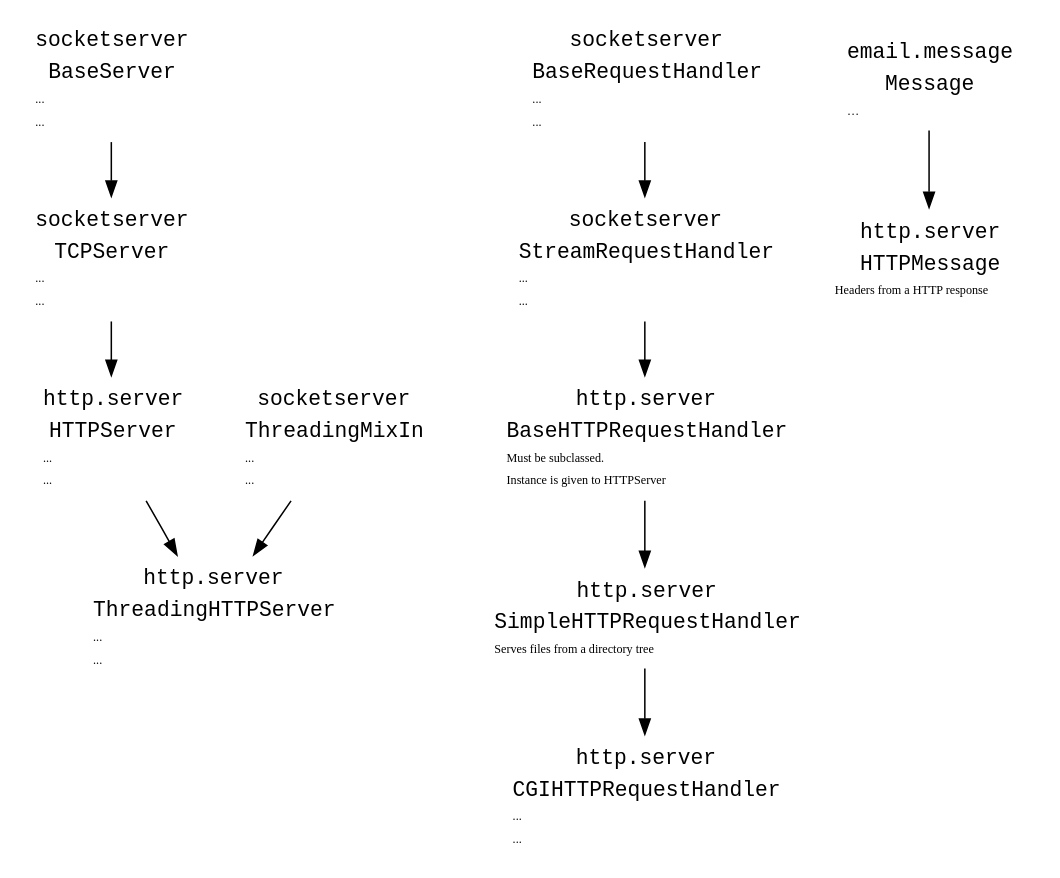
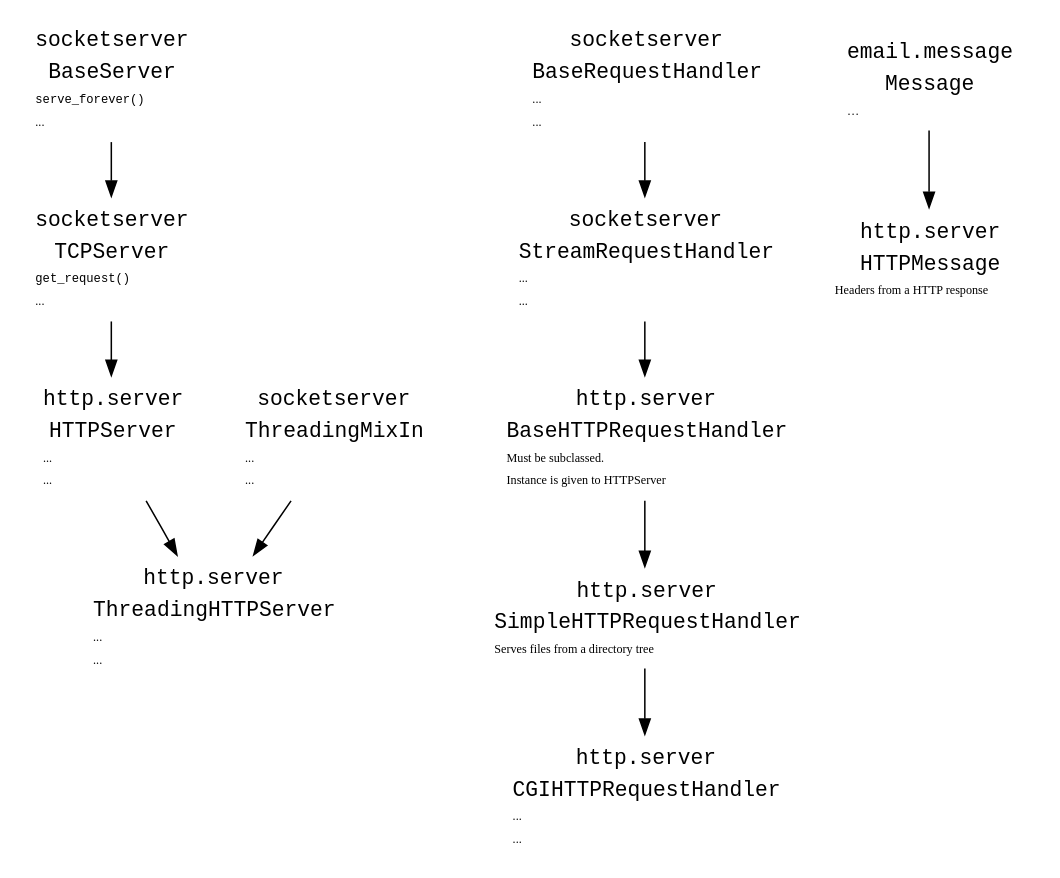
One commit to ReneNyffenegger/temp-Python changed the diagram in standard-library/http/server/hierarchy.dot. Above: the diagram before and after it, drawn with Graphviz.

```diff
--- a/standard-library/http/server/hierarchy.dot
+++ b/standard-library/http/server/hierarchy.dot
@@ -1,109 +1,109 @@
 // dot hierarchy.dot -T pdf -o hierarchy.pdf
 
 digraph {
 
   node [shape=none]
 
 
   socketserver_BaseServer [ label=< <table border="0">
     <tr><td><font face="courier">socketserver</font></td></tr>
     <tr><td><font face="courier">BaseServer</font></td></tr>
-    <tr><td align="left"><font point-size="8">...</font></td></tr>
+    <tr><td align="left"><font point-size="8" face="courier">serve_forever()</font></td></tr>
     <tr><td align="left"><font point-size="8">...</font></td></tr>
   </table> > ]
 
   socketserver_TCPServer [ label=< <table border="0">
     <tr><td><font face="courier">socketserver</font></td></tr>
     <tr><td><font face="courier">TCPServer</font></td></tr>
-    <tr><td align="left"><font point-size="8">...</font></td></tr>
+    <tr><td align="left"><font point-size="8" face="courier">get_request()</font></td></tr>
     <tr><td align="left"><font point-size="8">...</font></td></tr>
   </table> > ]
 
 
   socketserver_ThreadingMixIn [ label=< <table border="0">
     <tr><td><font face="courier">socketserver</font></td></tr>
     <tr><td><font face="courier">ThreadingMixIn</font></td></tr>
     <tr><td align="left"><font point-size="8">...</font></td></tr>
     <tr><td align="left"><font point-size="8">...</font></td></tr>
   </table> > ]
 
 
   socketserver_BaseRequestHandler[ label=< <table border="0">
     <tr><td><font face="courier">socketserver</font></td></tr>
     <tr><td><font face="courier">BaseRequestHandler</font></td></tr>
     <tr><td align="left"><font point-size="8">...</font></td></tr>
     <tr><td align="left"><font point-size="8">...</font></td></tr>
   </table> > ]
 
   socketserver_StreamRequestHandler[ label=< <table border="0">
     <tr><td><font face="courier">socketserver</font></td></tr>
     <tr><td><font face="courier">StreamRequestHandler</font></td></tr>
     <tr><td align="left"><font point-size="8">...</font></td></tr>
     <tr><td align="left"><font point-size="8">...</font></td></tr>
   </table> > ]
 
   HTTPServer [ label=< <table border="0">
     <tr><td><font face="courier">http.server</font></td></tr>
     <tr><td><font face="courier">HTTPServer</font></td></tr>
     <tr><td align="left"><font point-size="8">...</font></td></tr>
     <tr><td align="left"><font point-size="8">...</font></td></tr>
   </table> > ]
 
 //ThreadingHTTPServer [ label=< <font face="Courier">ThreadingHTTPServer</font> >]
 
   ThreadingHTTPServer [ label=< <table border="0">
     <tr><td><font face="courier">http.server</font></td></tr>
     <tr><td><font face="courier">ThreadingHTTPServer</font></td></tr>
     <tr><td align="left"><font point-size="8">...</font></td></tr>
     <tr><td align="left"><font point-size="8">...</font></td></tr>
   </table> > ]
 
   BaseHTTPRequestHandler [ label=< <table border="0">
     <tr><td><font face="courier">http.server</font></td></tr>
     <tr><td><font face="courier">BaseHTTPRequestHandler</font></td></tr>
     <tr><td align="left"><font point-size="8">Must be subclassed.</font></td></tr>
     <tr><td align="left"><font point-size="8">Instance is given to HTTPServer</font></td></tr>
   </table> > ]
 
 
   SimpleHTTPRequestHandler [ label=< <table border="0">
     <tr><td><font face="courier">http.server</font></td></tr>
     <tr><td><font face="courier">SimpleHTTPRequestHandler</font></td></tr>
     <tr><td align="left"><font point-size="8">Serves files from a directory tree</font></td></tr>
   </table> > ]
 
 
   email_message_Message [ label=< <table border="0">
     <tr><td><font face="courier">email.message</font></td></tr>
     <tr><td><font face="courier">Message</font></td></tr>
     <tr><td align="left"><font point-size="8">…</font></td></tr>
   </table> > ]
 
   HTTPMessage [ label=< <table border="0">
     <tr><td><font face="courier">http.server</font></td></tr>
     <tr><td><font face="courier">HTTPMessage</font></td></tr>
     <tr><td align="left"><font point-size="8">Headers from a HTTP response</font></td></tr>
   </table> > ]
 
   CGIHTTPRequestHandler[ label=< <table border="0">
     <tr><td><font face="courier">http.server</font></td></tr>
     <tr><td><font face="courier">CGIHTTPRequestHandler</font></td></tr>
     <tr><td align="left"><font point-size="8">...</font></td></tr>
     <tr><td align="left"><font point-size="8">...</font></td></tr>
   </table> > ]
 
   
   socketserver_BaseServer -> socketserver_TCPServer
 
   socketserver_TCPServer -> HTTPServer
   socketserver_ThreadingMixIn -> ThreadingHTTPServer
   socketserver_BaseRequestHandler -> socketserver_StreamRequestHandler
   socketserver_StreamRequestHandler -> BaseHTTPRequestHandler
   HTTPServer -> ThreadingHTTPServer
 
   BaseHTTPRequestHandler -> SimpleHTTPRequestHandler
   SimpleHTTPRequestHandler -> CGIHTTPRequestHandler
 
   email_message_Message -> HTTPMessage
 
 }
```
